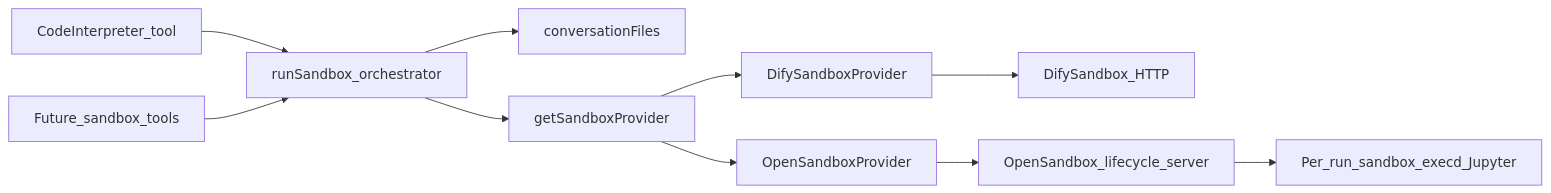
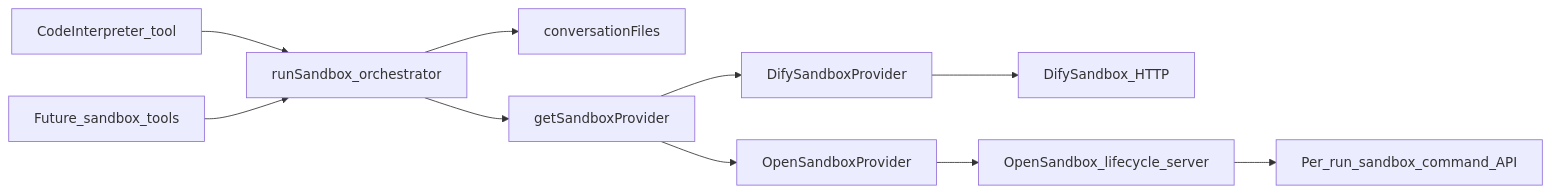
One commit to lqdflying/chathub changed the diagram in openwiki/architecture/sandbox-providers.md. Above: the diagram before and after it, drawn with Mermaid. The commit also changed other lines of this file and 4 other files, not shown here.

````diff
--- a/openwiki/architecture/sandbox-providers.md
+++ b/openwiki/architecture/sandbox-providers.md
@@ -8,23 +8,23 @@
 ```mermaid
 flowchart LR
   ciTool[CodeInterpreter_tool]
   other[Future_sandbox_tools]
   orch[runSandbox_orchestrator]
   files[conversationFiles]
   registry[getSandboxProvider]
   dify[DifySandboxProvider]
   osb[OpenSandboxProvider]
   sidecar[DifySandbox_HTTP]
   osbServer[OpenSandbox_lifecycle_server]
-  sandbox[Per_run_sandbox_execd_Jupyter]
+  sandbox[Per_run_sandbox_command_API]
 
   ciTool --> orch
   other --> orch
   orch --> files
   orch --> registry
   registry --> dify
   registry --> osb
   dify --> sidecar
   osb --> osbServer
   osbServer --> sandbox
 ```
````
